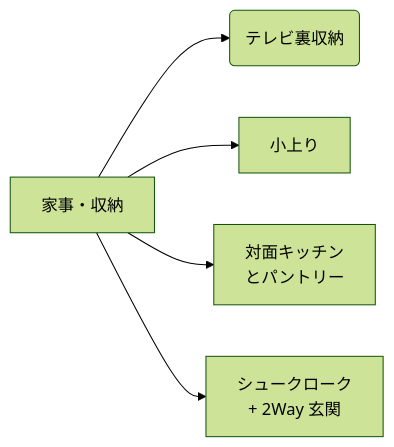
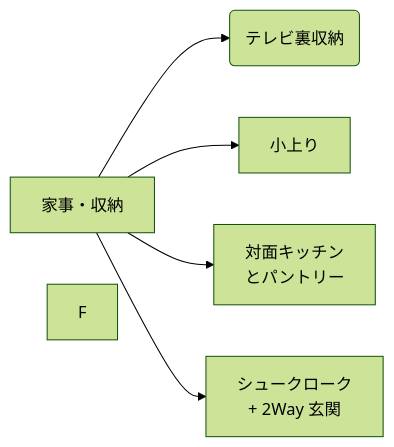
Before and after one commit to hyodoarch/buryoshaki: the second of 2 diagrams in content/纒/マーメイドの練習.md, drawn with Mermaid. The commit also changed other lines of this file and 3 other files, not shown here.

````diff
--- a/content/纒/マーメイドの練習.md
+++ b/content/纒/マーメイドの練習.md
@@ -59,14 +35,15 @@
 ```mermaid
 %%{init: {"theme":"forest"}}%%
 flowchart LR
     A("テレビ裏収納")
     B["小上り"]
     C["対面キッチン<br/>とパントリー"]
     D["シュークローク<br/> + 2Way 玄関"]
     E["家事・収納"]
+    F["F"]
     E --> A
     E --> B
     E --> C
     E --> D
-    %% mermaid-flow:pos A=461,145 B=466,213 C=479,282 D=477,361 E=205,262
+    %% mermaid-flow:pos A=461,145 B=466,213 C=479,282 D=477,361 E=205,262 F=57,255,97,33
 ```
````
